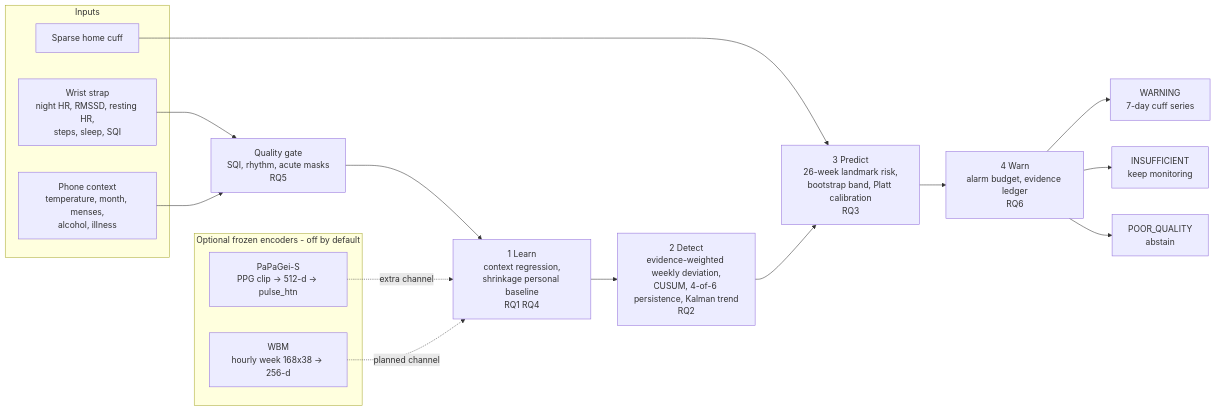
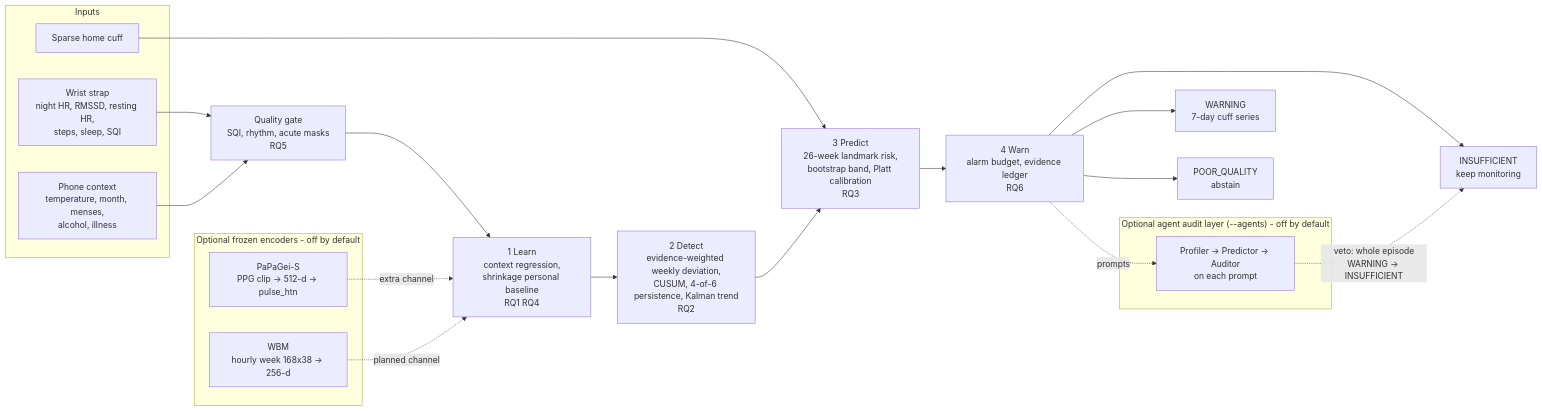
Before and after one commit to IbrahimDammak/sentinel-htn: the first of 3 diagrams in README.md, drawn with Mermaid. The commit also changed 4 other files, not shown here.

First line of the commit message:
Paper and README: describe the optional agent audit layer

````diff
--- a/README.md
+++ b/README.md
@@ -23,26 +23,31 @@
 ```mermaid
 flowchart LR
     subgraph IN["Inputs"]
         S["Wrist strap<br/>night HR, RMSSD, resting HR,<br/>steps, sleep, SQI"]
         P["Phone context<br/>temperature, month, menses,<br/>alcohol, illness"]
         C["Sparse home cuff"]
     end
     subgraph FM["Optional frozen encoders - off by default"]
         PG["PaPaGei-S<br/>PPG clip → 512-d → pulse_htn"]
         WB["WBM<br/>hourly week 168x38 → 256-d"]
     end
     Q["Quality gate<br/>SQI, rhythm, acute masks<br/>RQ5"]
     L["1 Learn<br/>context regression,<br/>shrinkage personal baseline<br/>RQ1 RQ4"]
     D["2 Detect<br/>evidence-weighted weekly deviation,<br/>CUSUM, 4-of-6 persistence, Kalman trend<br/>RQ2"]
     PR["3 Predict<br/>26-week landmark risk,<br/>bootstrap band, Platt calibration<br/>RQ3"]
     W["4 Warn<br/>alarm budget, evidence ledger<br/>RQ6"]
     S --> Q
     P --> Q
     C --> PR
     Q --> L --> D --> PR --> W
     PG -. extra channel .-> L
     WB -. planned channel .-> L
     W --> WA["WARNING<br/>7-day cuff series"]
     W --> IS["INSUFFICIENT<br/>keep monitoring"]
     W --> PQ["POOR_QUALITY<br/>abstain"]
+    subgraph AG["Optional agent audit layer (--agents) - off by default"]
+        AP["Profiler → Predictor → Auditor<br/>on each prompt"]
+    end
+    W -. prompts .-> AP
+    AP -. "veto: whole episode<br/>WARNING → INSUFFICIENT" .-> IS
 ```
````
